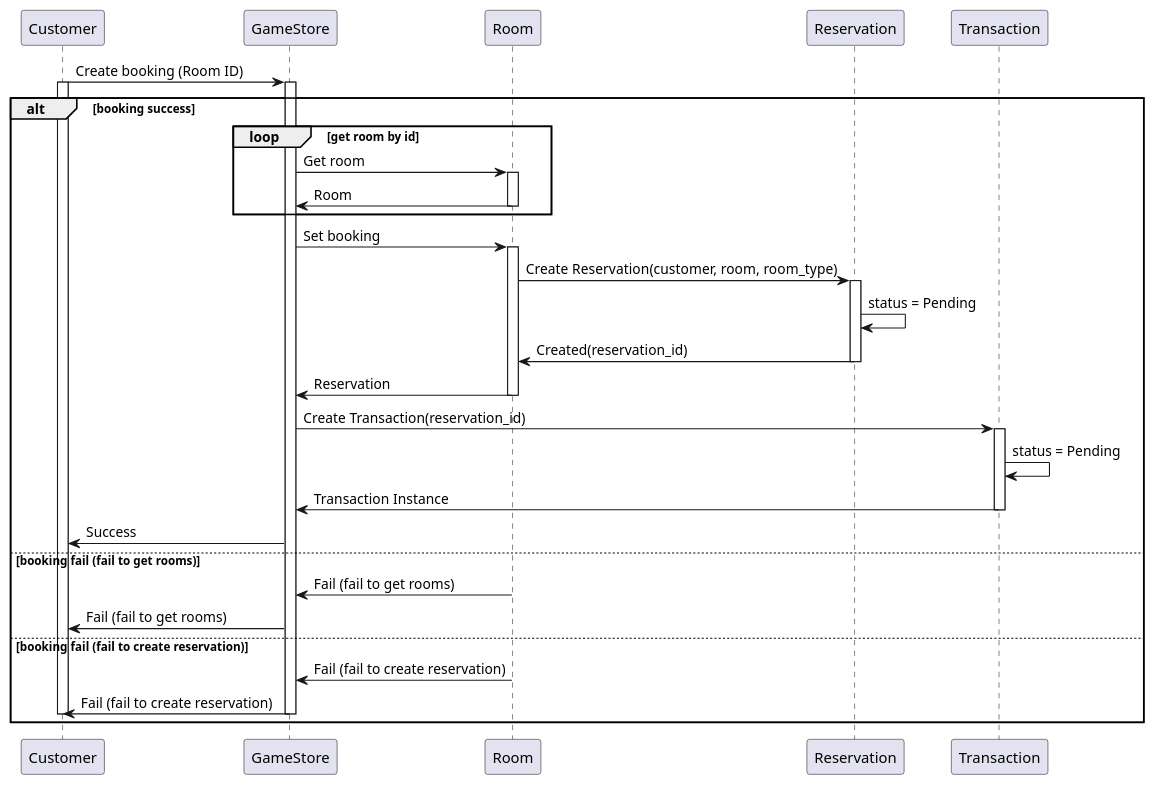
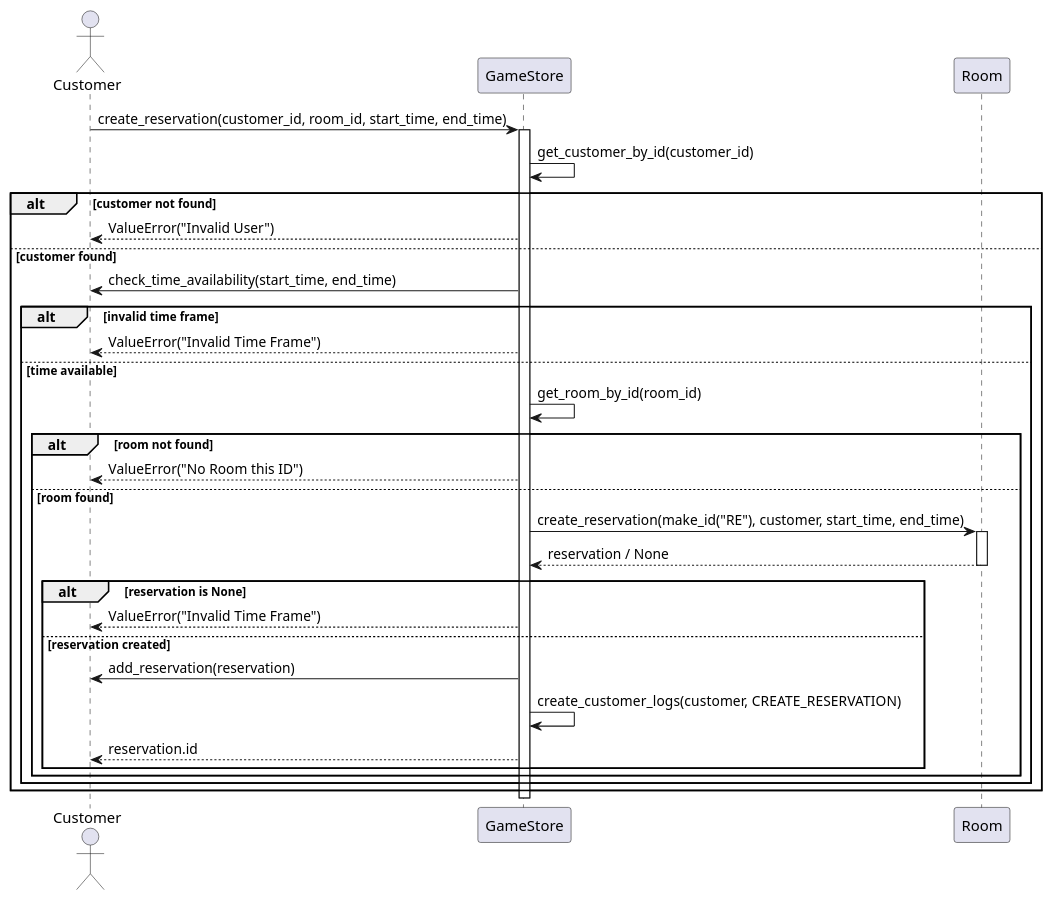
Before and after one commit to WaroonRagwongsiri/OOP_Project: the diagram in SequenceDiagram/sequence_diagram_booking.puml, drawn with PlantUML.

Commit message:
Seq Diagram Updated

```diff
--- a/SequenceDiagram/sequence_diagram_booking.puml
+++ b/SequenceDiagram/sequence_diagram_booking.puml
@@ -1,54 +1,45 @@
-@startuml UsecaseSequenceDiagram
+@startuml Customer
+actor Customer
+participant GameStore
+participant Room
 
-Customer -> GameStore : Create booking (Room ID)
-activate Customer
+Customer -> GameStore : create_reservation(customer_id, room_id, start_time, end_time)
 activate GameStore
 
-alt booking success
+GameStore -> GameStore : get_customer_by_id(customer_id)
 
-	loop get room by id
+alt customer not found
+	GameStore --> Customer : ValueError("Invalid User")
 
-		GameStore -> Room : Get room
-		activate Room
+else customer found
+	GameStore -> Customer : check_time_availability(start_time, end_time)
 
-		Room -> GameStore : Room
-		deactivate Room
+	alt invalid time frame
+		GameStore --> Customer : ValueError("Invalid Time Frame")
 
+	else time available
+		GameStore -> GameStore : get_room_by_id(room_id)
+
+		alt room not found
+			GameStore --> Customer : ValueError("No Room this ID")
+
+		else room found
+			GameStore -> Room : create_reservation(make_id("RE"), customer, start_time, end_time)
+			activate Room
+			Room --> GameStore : reservation / None
+			deactivate Room
+
+			alt reservation is None
+				GameStore --> Customer : ValueError("Invalid Time Frame")
+
+			else reservation created
+				GameStore -> Customer : add_reservation(reservation)
+				GameStore -> GameStore : create_customer_logs(customer, CREATE_RESERVATION)
+				GameStore --> Customer : reservation.id
+			end
+		end
 	end
-
-	GameStore -> Room : Set booking
-	activate Room
-
-	Room -> Reservation : Create Reservation(customer, room, room_type)
-	activate Reservation
-	Reservation -> Reservation : status = Pending
-	Reservation -> Room : Created(reservation_id)
-	deactivate Reservation
-
-	Room -> GameStore : Reservation
-	deactivate Room
-
-	GameStore -> Transaction : Create Transaction(reservation_id)
-	activate Transaction
-	Transaction -> Transaction : status = Pending
-	Transaction -> GameStore : Transaction Instance
-	deactivate Transaction
-
-	GameStore -> Customer : Success
-
-else booking fail (fail to get rooms)
-
-	Room -> GameStore : Fail (fail to get rooms)
-	GameStore -> Customer : Fail (fail to get rooms)
-
-else booking fail (fail to create reservation)
-
-	Room -> GameStore : Fail (fail to create reservation)
-	GameStore -> Customer : Fail (fail to create reservation)
-
-	deactivate GameStore
-	deactivate Customer
-
 end
 
+deactivate GameStore
 @enduml
```
